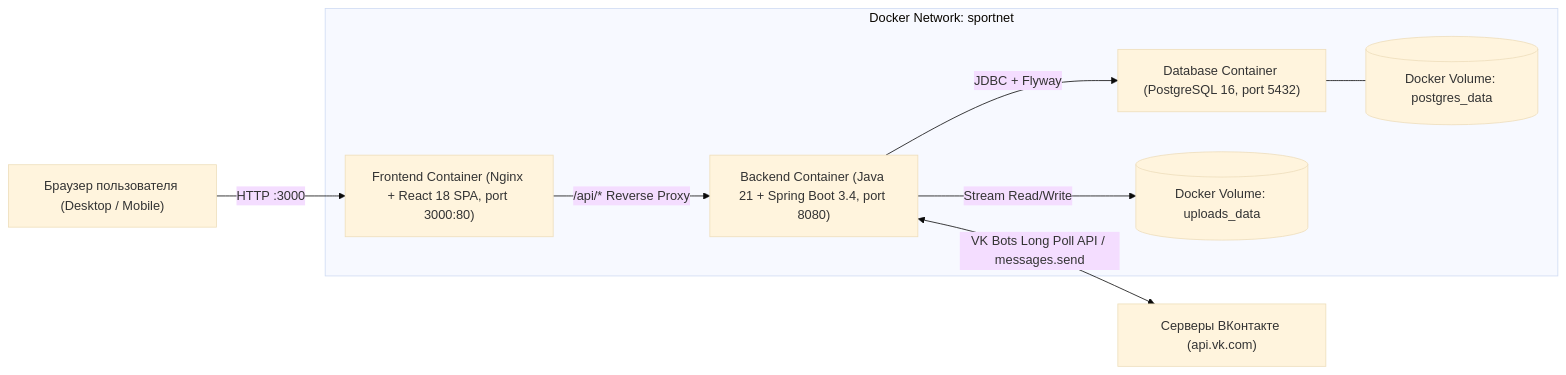
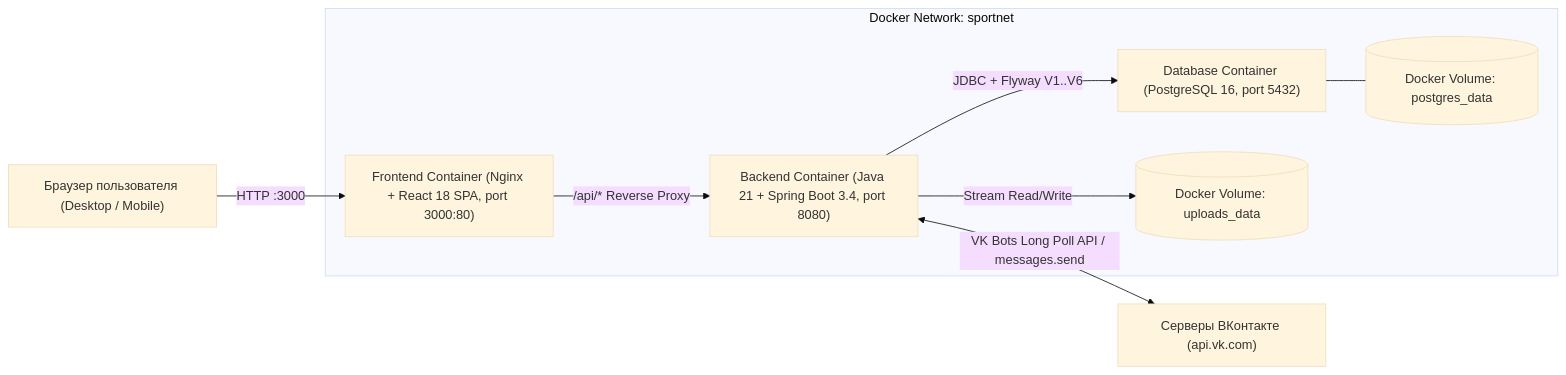
The first of 4 diagrams in docs/ARCHITECTURE.md (queelly/sport-platform), drawn with Mermaid (base theme) before and after one commit. The commit also changed other lines of this file and 8 other files, not shown here.

Commit message:
docs: update README, BRANDBOOK and all docs to reflect current features and V1-V6 schema

````diff
--- a/docs/ARCHITECTURE.md
+++ b/docs/ARCHITECTURE.md
@@ -5,20 +5,20 @@
 ```mermaid
 flowchart LR
     Browser["Браузер пользователя (Desktop / Mobile)"]
     VKServer["Серверы ВКонтакте (api.vk.com)"]
 
     subgraph Docker_Network ["Docker Network: sportnet"]
         Nginx["Frontend Container (Nginx + React 18 SPA, port 3000:80)"]
         Backend["Backend Container (Java 21 + Spring Boot 3.4, port 8080)"]
         Postgres["Database Container (PostgreSQL 16, port 5432)"]
         UploadsVol[("Docker Volume: uploads_data")]
         PgVol[("Docker Volume: postgres_data")]
     end
 
     Browser -->|HTTP :3000| Nginx
     Nginx -->|/api/* Reverse Proxy| Backend
-    Backend -->|JDBC + Flyway| Postgres
+    Backend -->|JDBC + Flyway V1..V6| Postgres
     Postgres --- PgVol
     Backend -->|Stream Read/Write| UploadsVol
     Backend <-->|VK Bots Long Poll API / messages.send| VKServer
 ```
````
